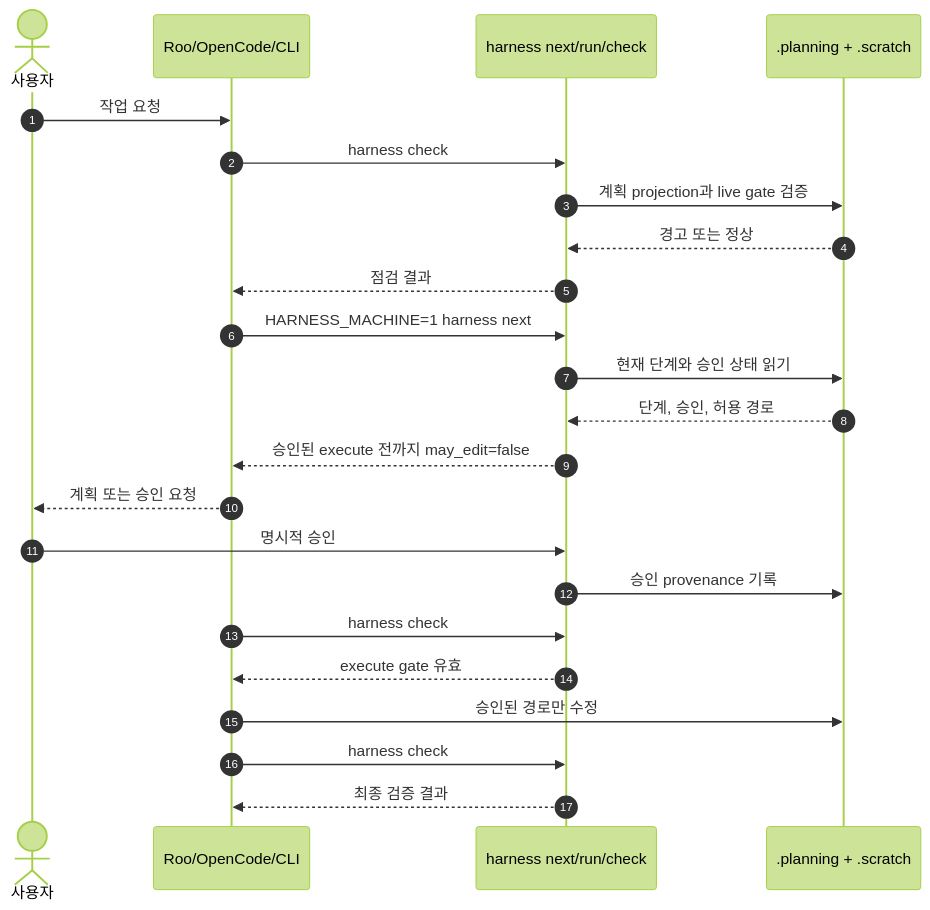
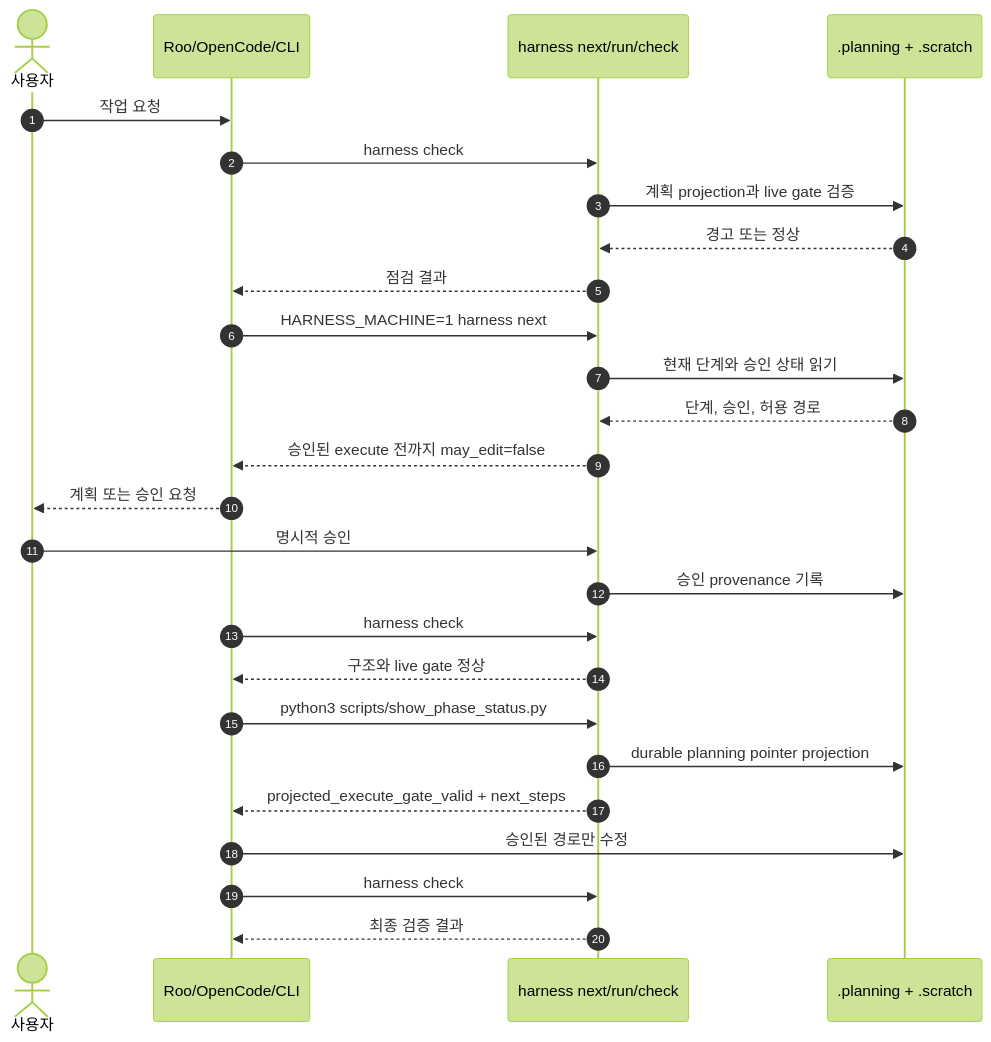
Before and after one commit to hjung3113/general-low-reasoning-agent-harness: the diagram in docs/minimal-workflow-sequence.md, drawn with Mermaid (forest theme). The commit also changed other lines of this file and 22 other files, not shown here.

````diff
--- a/docs/minimal-workflow-sequence.md
+++ b/docs/minimal-workflow-sequence.md
@@ -5,26 +5,29 @@
 ```mermaid
 sequenceDiagram
     autonumber
     actor 사용자
     participant 어댑터 as Roo/OpenCode/CLI
     participant 하네스 as harness next/run/check
     participant 상태 as .planning + .scratch
 
     사용자->>어댑터: 작업 요청
     어댑터->>하네스: harness check
     하네스->>상태: 계획 projection과 live gate 검증
     상태-->>하네스: 경고 또는 정상
     하네스-->>어댑터: 점검 결과
     어댑터->>하네스: HARNESS_MACHINE=1 harness next
     하네스->>상태: 현재 단계와 승인 상태 읽기
     상태-->>하네스: 단계, 승인, 허용 경로
     하네스-->>어댑터: 승인된 execute 전까지 may_edit=false
     어댑터-->>사용자: 계획 또는 승인 요청
     사용자->>하네스: 명시적 승인
     하네스->>상태: 승인 provenance 기록
     어댑터->>하네스: harness check
-    하네스-->>어댑터: execute gate 유효
+    하네스-->>어댑터: 구조와 live gate 정상
+    어댑터->>하네스: python3 scripts/show_phase_status.py
+    하네스->>상태: durable planning pointer projection
+    하네스-->>어댑터: projected_execute_gate_valid + next_steps
     어댑터->>상태: 승인된 경로만 수정
     어댑터->>하네스: harness check
     하네스-->>어댑터: 최종 검증 결과
 ```
````
